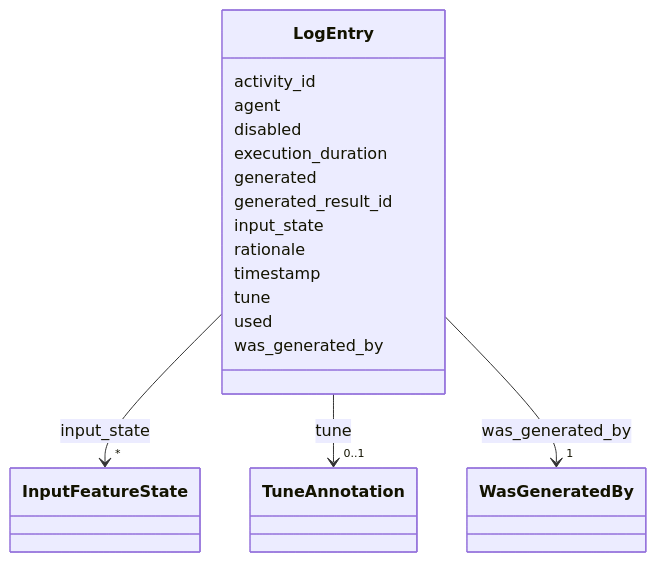
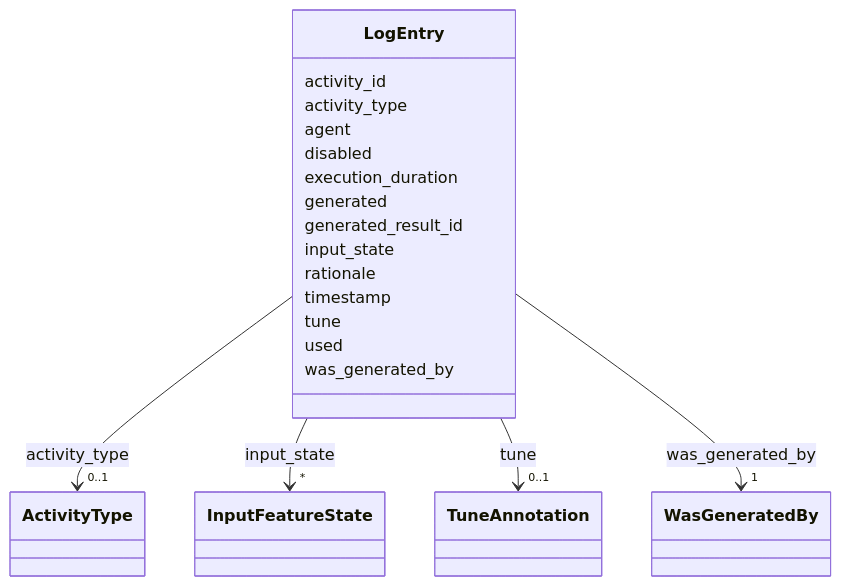
Before and after one commit to debrief/debrief-future: the diagram in schema-docs-md/classes/LogEntry.md, drawn with Mermaid. The commit also changed other lines of this file and 55 other files, not shown here.

````diff
--- a/schema-docs-md/classes/LogEntry.md
+++ b/schema-docs-md/classes/LogEntry.md
@@ -19,57 +19,68 @@
 ```mermaid
  classDiagram
     class LogEntry
     click LogEntry href "../../classes/LogEntry/"
       LogEntry : activity_id
+        
+      LogEntry : activity_type
+        
+          
+    
+        
+        
+        LogEntry --> "0..1" ActivityType : activity_type
+        click ActivityType href "../../enums/ActivityType/"
+    
+
         
       LogEntry : agent
         
       LogEntry : disabled
         
       LogEntry : execution_duration
         
       LogEntry : generated
         
       LogEntry : generated_result_id
         
       LogEntry : input_state
         
           
     
         
         
         LogEntry --> "*" InputFeatureState : input_state
         click InputFeatureState href "../../classes/InputFeatureState/"
     
 
         
       LogEntry : rationale
         
       LogEntry : timestamp
         
       LogEntry : tune
         
           
     
         
         
         LogEntry --> "0..1" TuneAnnotation : tune
         click TuneAnnotation href "../../classes/TuneAnnotation/"
     
 
         
       LogEntry : used
         
       LogEntry : was_generated_by
         
           
     
         
         
         LogEntry --> "1" WasGeneratedBy : was_generated_by
         click WasGeneratedBy href "../../classes/WasGeneratedBy/"
     
 
         
       
 ```
````
